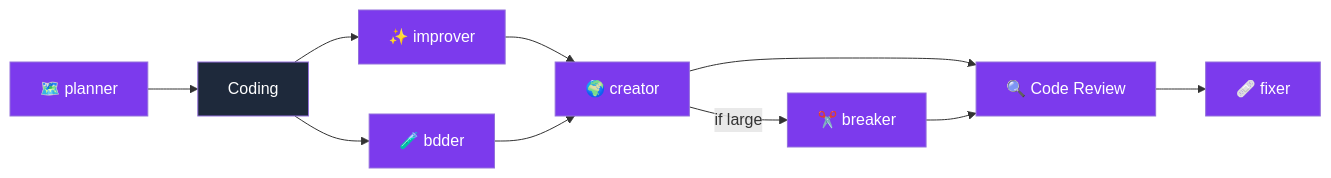
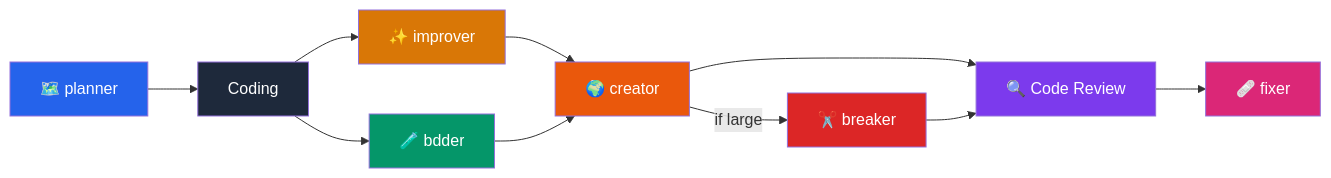
One commit to Victorcorcos/skills changed the diagram in README.md. Above: the diagram before and after it, drawn with Mermaid.

Commit message:
Improvement

````diff
--- a/README.md
+++ b/README.md
@@ -35,21 +35,21 @@
 ```mermaid
 flowchart LR
     A[🗺️ planner] --> B[Coding]
     B --> C[✨ improver]
     B --> D[🧪 bdder]
     C --> E[🌍 creator]
     D --> E[🌍 creator]
     E --> F[🔍 Code Review]
     E -->|if large| G[✂️ breaker]
     G --> F
     F --> H[🩹 fixer]
 
-    style A fill:#7C3AED,color:#fff
-    style C fill:#7C3AED,color:#fff
-    style D fill:#7C3AED,color:#fff
-    style E fill:#7C3AED,color:#fff
+    style A fill:#2563EB,color:#fff
+    style C fill:#D97706,color:#fff
+    style D fill:#059669,color:#fff
+    style E fill:#EA580C,color:#fff
     style F fill:#7C3AED,color:#fff
-    style G fill:#7C3AED,color:#fff
-    style H fill:#7C3AED,color:#fff
+    style G fill:#DC2626,color:#fff
+    style H fill:#DB2777,color:#fff
     style B fill:#1e293b,color:#fff
 ```
````
